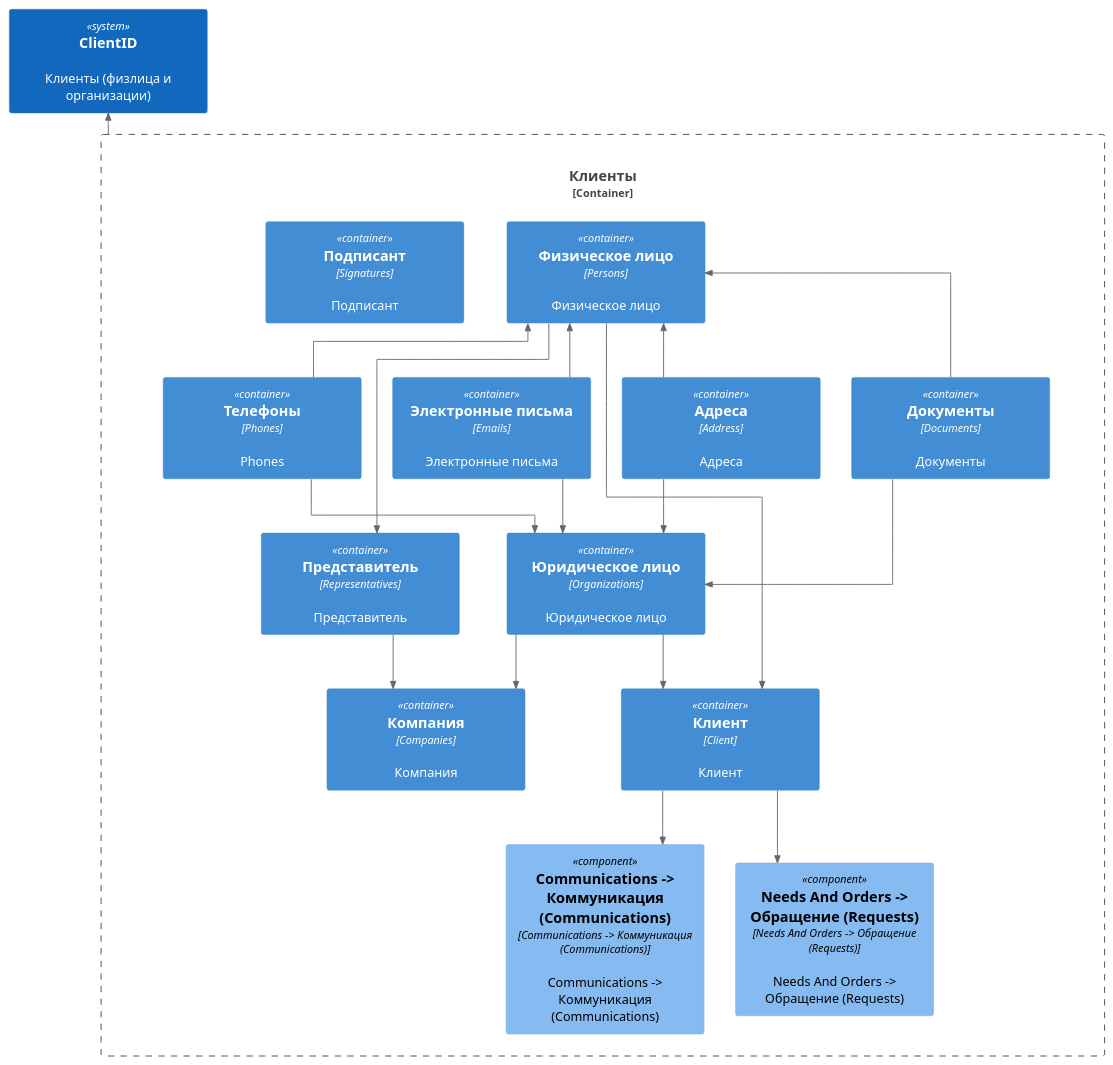
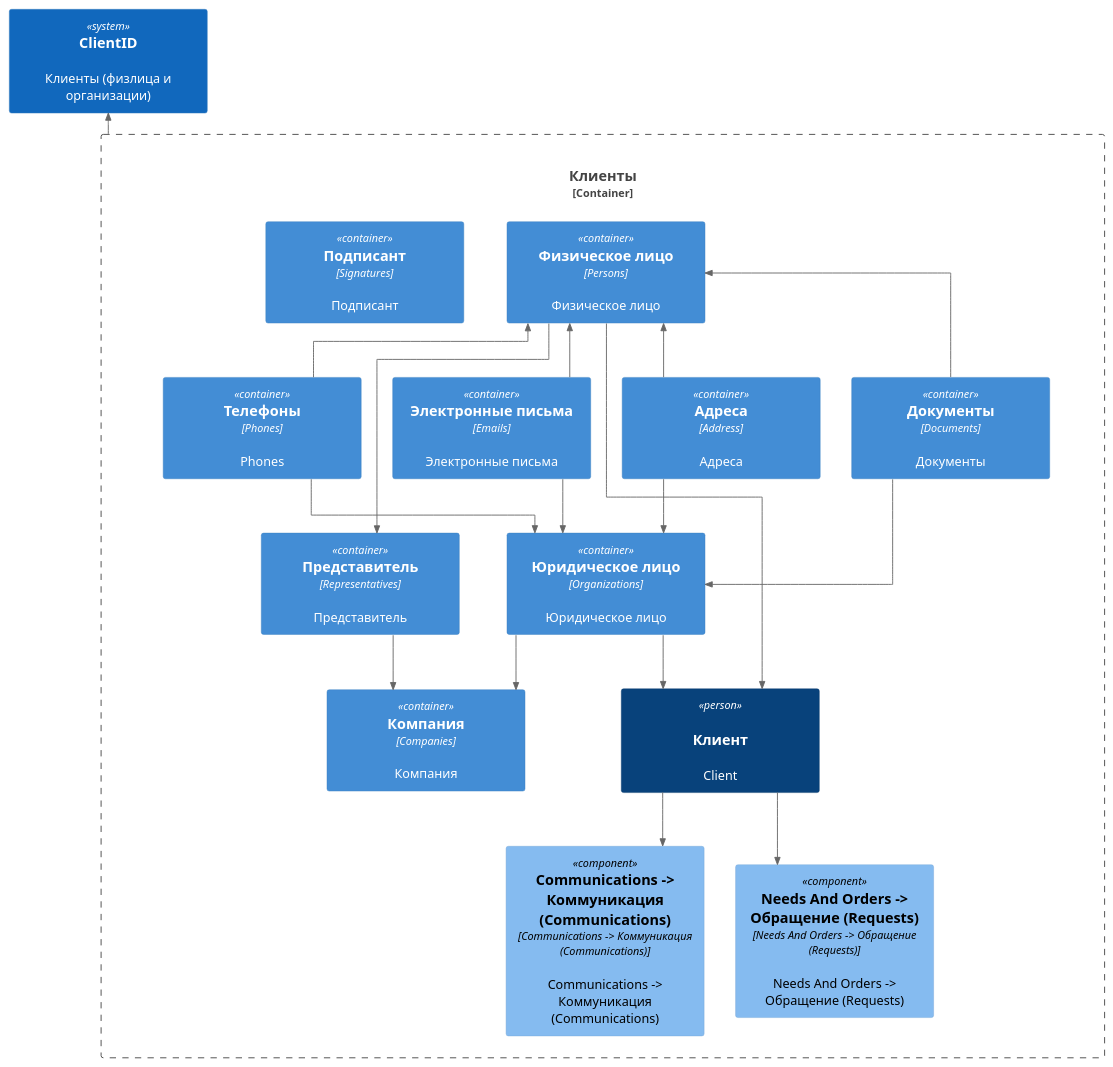
One commit to lulya31/some changed the diagram in static/05_01_07_01_img/clients.puml. Above: the diagram before and after it, drawn with PlantUML. The commit also changed 226 other files, not shown here.

```diff
--- a/static/05_01_07_01_img/clients.puml
+++ b/static/05_01_07_01_img/clients.puml
@@ -4,61 +4,63 @@
 @startuml
 
 '!include https://raw.githubusercontent.com/plantuml-stdlib/C4-PlantUML/master/C4_Context.puml
 
 !include static/includes/c4_context.puml
 !include static/includes/c4_container.puml
 !include static/includes/c4_component.puml
 
 'skinparam svgLinkTarget _blank
 skinparam backgroundcolor transparent
 skinparam minClassWidth 200
 'skinparam linetype polyline
 skinparam linetype ortho
 
 LAYOUT_TOP_DOWN()
 
-System(clientid, "ClientID", "Клиенты (физлица и организации)", $link="/05_c4/01_core/07_clientid/")
+System(clientid, "ClientID", "Клиенты (физлица и организации)", $link="/05_c4_workflow/01_core/07_clientid/")
 'System(clients, "Clients", "Клиенты")
 
 Container_Boundary(clients, "Клиенты") {
     Container(address, "Адреса", "Address", "Адреса")
     Container(documents, "Документы", "Documents", "Документы")
     Container(phones, "Телефоны", "Phones", "Phones")
     Container(emails, "Электронные письма", "Emails", "Электронные письма")
 
     Container(persons, "Физическое лицо", "Persons", "Физическое лицо")
     Container(organizations, "Юридическое лицо", "Organizations", "Юридическое лицо")
 
     Container(companies, "Компания", "Companies", "Компания")
     Container(representatives, "Представитель", "Representatives", "Представитель")
 
-    Container(client, "Клиент", "Client", "Клиент")
-    Component(communications, "Communications -> Коммуникация (Communications)", "Communications -> Коммуникация (Communications)", "Communications -> Коммуникация (Communications)", $link="/05_c4/01_core/04_communications/01_communication/")
-    Component(requests, "Needs And Orders -> Обращение (Requests)", "Needs And Orders -> Обращение (Requests)", "Needs And Orders -> Обращение (Requests)", $link="/05_c4/01_core/03_needs_and_orders/01_requests/")
+    'Container(client, "Клиент", "Client", "Клиент")
+
+    Person(client, "Клиент", "Client", "Клиент")
+    Component(communications, "Communications -> Коммуникация (Communications)", "Communications -> Коммуникация (Communications)", "Communications -> Коммуникация (Communications)", $link="/05_c4_workflow/01_core/04_communications/01_communication/")
+    Component(requests, "Needs And Orders -> Обращение (Requests)", "Needs And Orders -> Обращение (Requests)", "Needs And Orders -> Обращение (Requests)", $link="/05_c4_workflow/01_core/03_needs_and_orders/01_requests/")
 
     Container(signatures, "Подписант", "Signatures", "Подписант")
 
     Rel_U(address, persons, "")
     Rel_U(documents, persons, "")
     Rel_U(phones, persons, "")
     Rel_U(emails, persons, "")
 
     Rel_D(address, organizations, "")
     Rel_D(documents, organizations, "")
     Rel_D(phones, organizations, "")
     Rel_D(emails, organizations, "")
 
     Rel(persons, representatives, "")
     Rel(persons, client, "")
     Rel(organizations, client, "")
     Rel(organizations, companies, "")
 
     Rel(representatives, companies, "")
 
     Rel_D(client, communications, "")
     Rel_D(client, requests, "")
 }
 
 Rel_U(clients, clientid, "")
 
 @enduml
```
